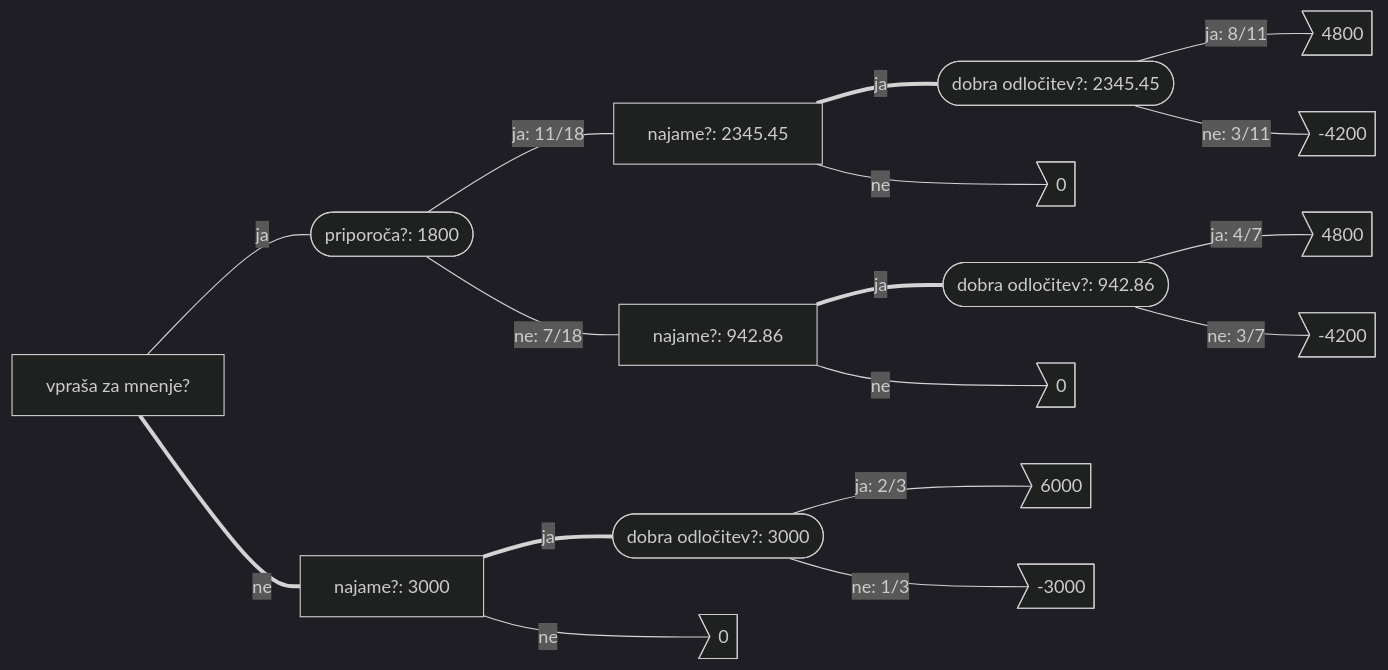
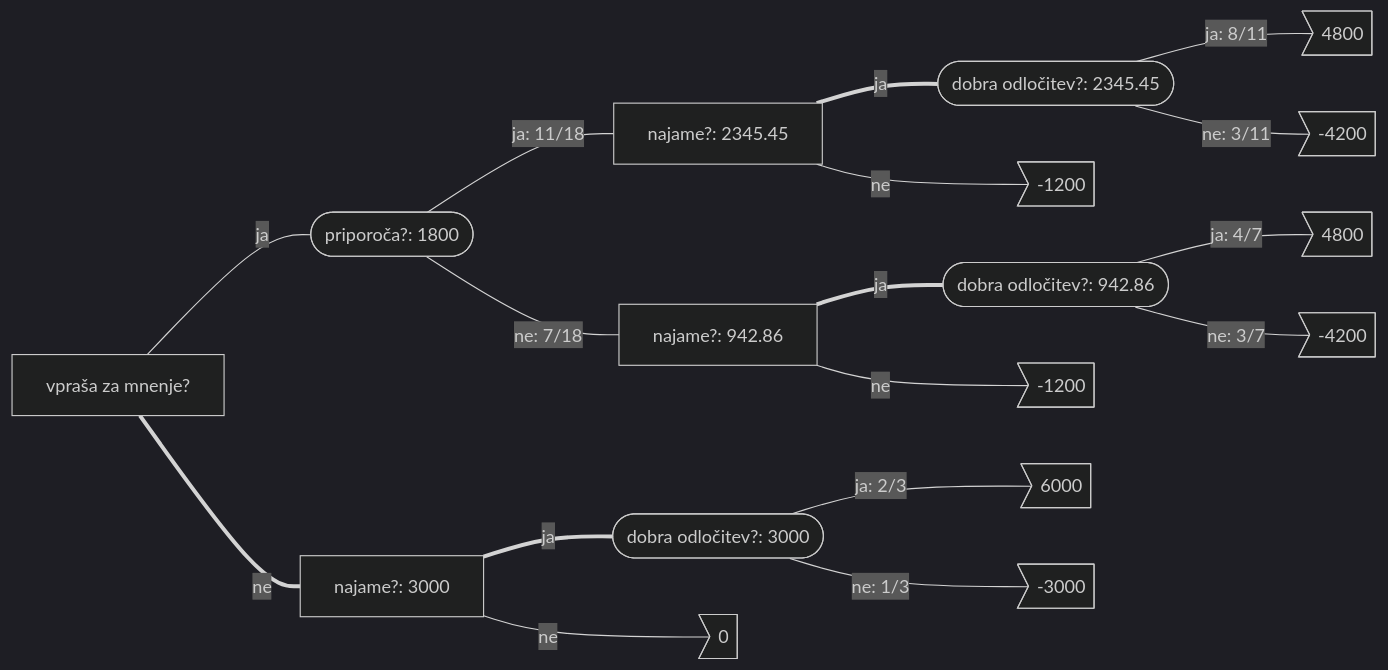
One commit to jaanos/operacijske-raziskave changed the fourth of 4 diagrams in zapiski/2020/2020-03-23.md. Above: the diagram before and after it, drawn with Mermaid (dark theme).

Commit message:
Popravek pri 4. nalogi

````diff
--- a/zapiski/2020/2020-03-23.md
+++ b/zapiski/2020/2020-03-23.md
@@ -265,20 +265,20 @@
 ```mermaid
 graph LR
 
 A[vpraša za mnenje?] -- ja --- B([priporoča?: 1800])
 A == ne === C[najame?: 3000]
 B -- ja: 11/18 --- CB[najame?: 2345.45]
 B -- ne: 7/18 --- CnB[najame?: 942.86]
 C == ja === D([dobra odločitev?: 3000])
 C -- ne --- a>0]
 CB == ja === DB([dobra odločitev?: 2345.45])
-CB -- ne --- aB>0]
+CB -- ne --- aB>-1200]
 CnB == ja === DnB([dobra odločitev?: 942.86])
-CnB -- ne --- anB>0]
+CnB -- ne --- anB>-1200]
 D -- ja: 2/3 --- b>6000]
 D -- ne: 1/3 --- c>-3000]
 DB -- ja: 8/11 --- bB>4800]
 DB -- ne: 3/11 --- cB>-4200]
 DnB -- ja: 4/7 --- bnB>4800]
 DnB -- ne: 3/7 --- cnB>-4200]
 ```
````
